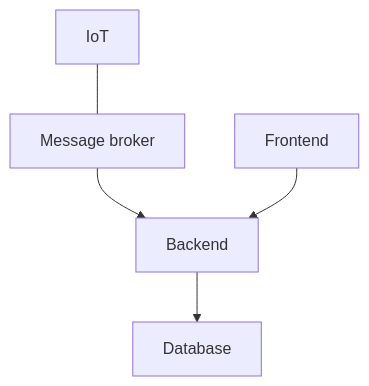
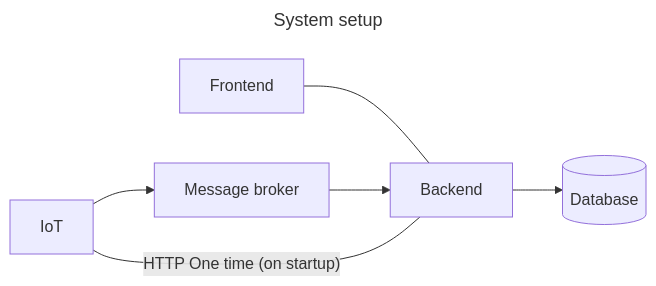
One commit to krc-coding/h5-gruppe-3 changed the diagram in CaseDefinition.md. Above: the diagram before and after it, drawn with Mermaid. The commit also changed other lines of this file, not shown here.

Commit message:
Updated system setup mermaid diagram

````diff
--- a/CaseDefinition.md
+++ b/CaseDefinition.md
@@ -92,7 +93,11 @@
     ```mermaid
-    graph TD;
-    A[IoT]---B[Message broker]
+    ---
+    title: System setup
+    ---
+    graph LR;
+    E[Frontend] --- C
+    A[IoT]-->B[Message broker]
     B-->C[Backend]
-    C-->D[Database]
-    E[Frontend]-->C
+    C-->D[(Database)]
+    A-- HTTP One time (on startup) ---C
     ```
````
